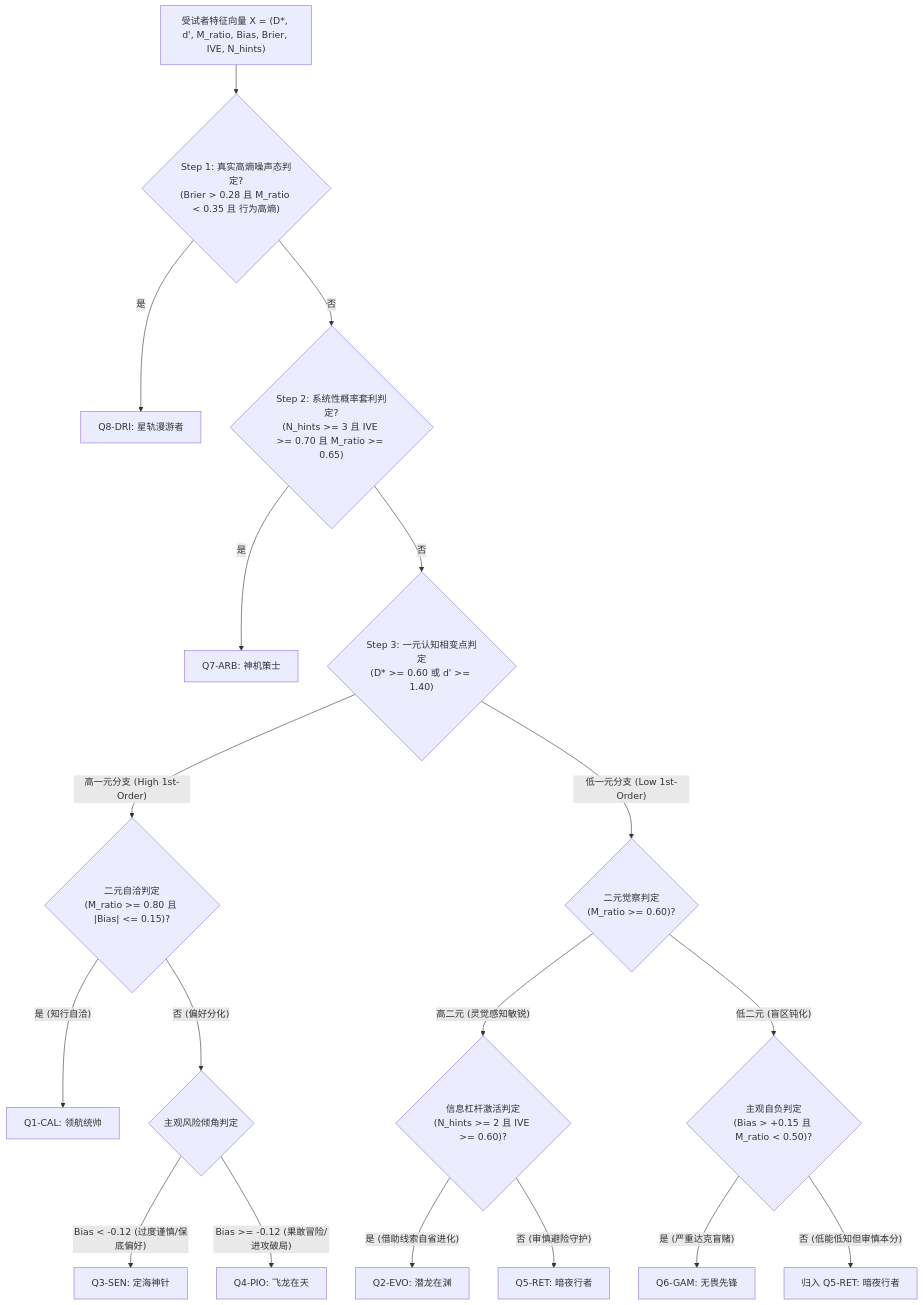
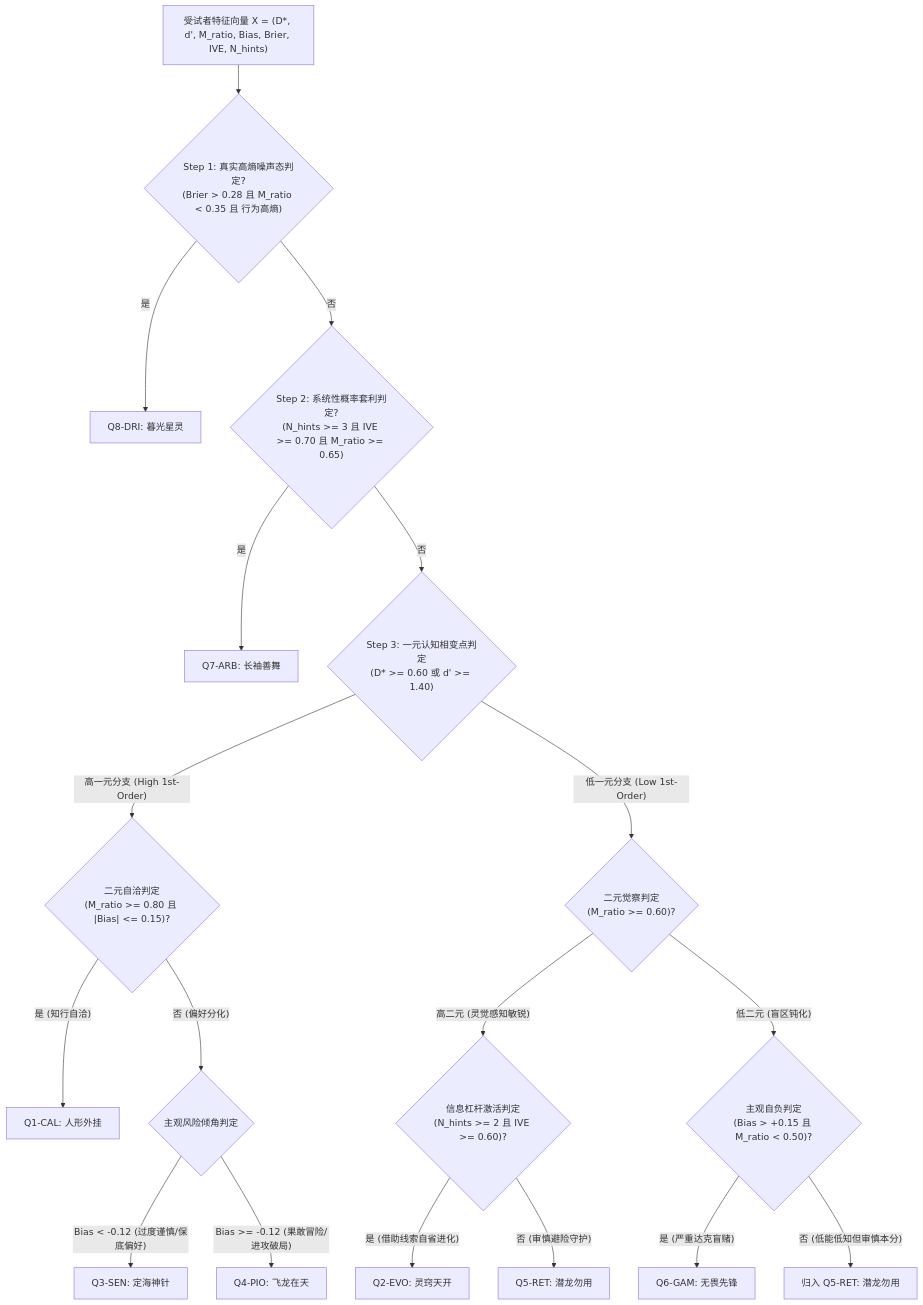
Before and after one commit to hanminggui/self-test: the diagram in spec/metacognitive_v2_spec.md, drawn with Mermaid. The commit also changed other lines of this file and 11 other files, not shown here.

````diff
--- a/spec/metacognitive_v2_spec.md
+++ b/spec/metacognitive_v2_spec.md
@@ -234,27 +234,27 @@
 ```mermaid
 flowchart TD
     Start["受试者特征向量 X = (D*, d', M_ratio, Bias, Brier, IVE, N_hints)"] --> Q8_Check{"Step 1: 真实高熵噪声态判定?<br>(Brier > 0.28 且 M_ratio < 0.35 且 行为高熵)"}
     
-    Q8_Check -- "是" --> P8["Q8-DRI: 星轨漫游者"]
+    Q8_Check -- "是" --> P8["Q8-DRI: 暮光星灵"]
     Q8_Check -- "否" --> Q7_Check{"Step 2: 系统性概率套利判定?<br>(N_hints >= 3 且 IVE >= 0.70 且 M_ratio >= 0.65)"}
     
-    Q7_Check -- "是" --> P7["Q7-ARB: 神机策士"]
+    Q7_Check -- "是" --> P7["Q7-ARB: 长袖善舞"]
     Q7_Check -- "否" --> Tier1_Split{"Step 3: 一元认知相变点判定<br>(D* >= 0.60 或 d' >= 1.40)"}
     
     %% 高一元分支 (High First-Order)
     Tier1_Split -- "高一元分支 (High 1st-Order)" --> H_Meta{"二元自洽判定<br>(M_ratio >= 0.80 且 |Bias| <= 0.15)?"}
-    H_Meta -- "是 (知行自洽)" --> P1["Q1-CAL: 领航统帅"]
+    H_Meta -- "是 (知行自洽)" --> P1["Q1-CAL: 人形外挂"]
     H_Meta -- "否 (偏好分化)" --> H_Bias{"主观风险倾角判定"}
     H_Bias -- "Bias < -0.12 (过度谨慎/保底偏好)" --> P3["Q3-SEN: 定海神针"]
     H_Bias -- "Bias >= -0.12 (果敢冒险/进攻破局)" --> P4["Q4-PIO: 飞龙在天"]
     
     %% 低一元分支 (Low First-Order)
     Tier1_Split -- "低一元分支 (Low 1st-Order)" --> L_Meta{"二元觉察判定<br>(M_ratio >= 0.60)?"}
     L_Meta -- "高二元 (灵觉感知敏锐)" --> L_IVE{"信息杠杆激活判定<br>(N_hints >= 2 且 IVE >= 0.60)?"}
-    L_IVE -- "是 (借助线索自省进化)" --> P2["Q2-EVO: 潜龙在渊"]
-    L_IVE -- "否 (审慎避险守护)" --> P5["Q5-RET: 暗夜行者"]
+    L_IVE -- "是 (借助线索自省进化)" --> P2["Q2-EVO: 灵窍天开"]
+    L_IVE -- "否 (审慎避险守护)" --> P5["Q5-RET: 潜龙勿用"]
     
     L_Meta -- "低二元 (盲区钝化)" --> L_Bias{"主观自负判定<br>(Bias > +0.15 且 M_ratio < 0.50)?"}
     L_Bias -- "是 (严重达克盲赌)" --> P6["Q6-GAM: 无畏先锋"]
-    L_Bias -- "否 (低能低知但审慎本分)" --> P5_Fallback["归入 Q5-RET: 暗夜行者"]
+    L_Bias -- "否 (低能低知但审慎本分)" --> P5_Fallback["归入 Q5-RET: 潜龙勿用"]
 ```
````
